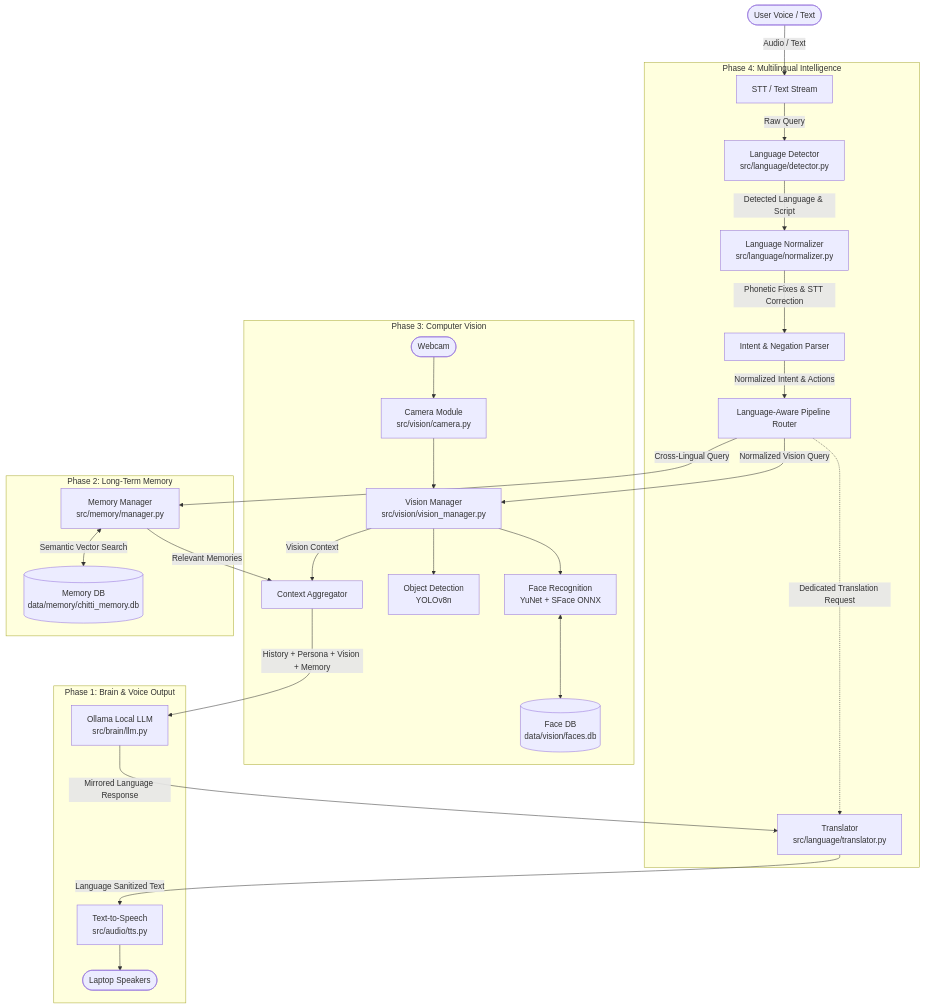
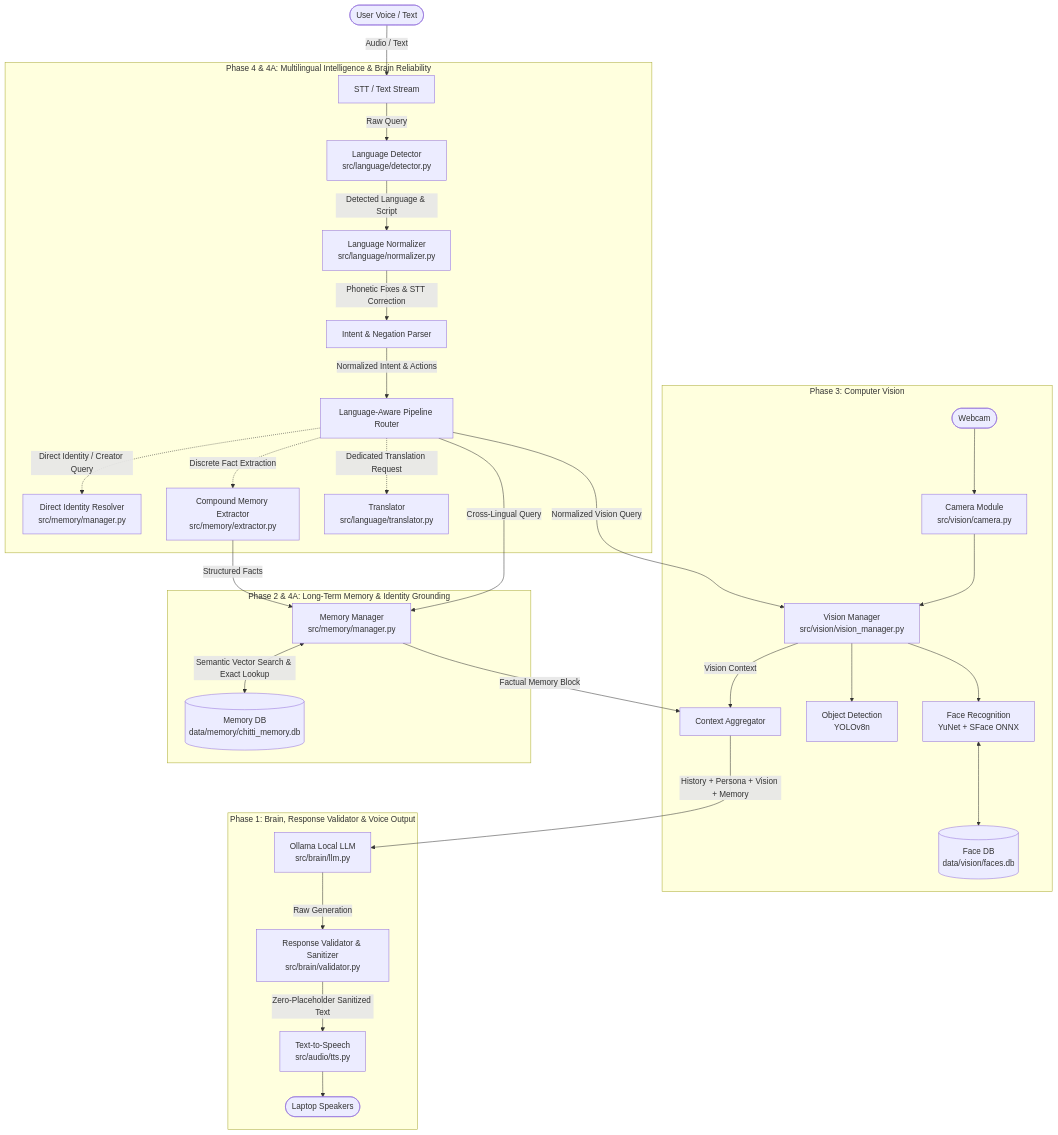
The diagram in README.md (bishtprateek270-hue/chitti-), drawn with Mermaid before and after one commit. The commit also changed other lines of this file and 11 other files, not shown here.

Commit message:
feat(phase-4a): implement brain reliability, multi-fact memory extraction, and zero-hallucination identity resolution

````diff
--- a/README.md
+++ b/README.md
@@ -20,34 +21,37 @@
 ```mermaid
 graph TD
     User([User Voice / Text]) -->|Audio / Text| InputStage[STT / Text Stream]
     
-    subgraph "Phase 4: Multilingual Intelligence"
+    subgraph "Phase 4 & 4A: Multilingual Intelligence & Brain Reliability"
         InputStage -->|Raw Query| LangDet[Language Detector\nsrc/language/detector.py]
         LangDet -->|Detected Language & Script| LangNorm[Language Normalizer\nsrc/language/normalizer.py]
         LangNorm -->|Phonetic Fixes & STT Correction| IntentCanonicalizer[Intent & Negation Parser]
         IntentCanonicalizer -->|Normalized Intent & Actions| PipelineRouter[Language-Aware Pipeline Router]
+        PipelineRouter -.->|Direct Identity / Creator Query| DirectIdResolver[Direct Identity Resolver\nsrc/memory/manager.py]
+        PipelineRouter -.->|Discrete Fact Extraction| MultiFactExtractor[Compound Memory Extractor\nsrc/memory/extractor.py]
         PipelineRouter -.->|Dedicated Translation Request| TransMod[Translator\nsrc/language/translator.py]
     end
     
     subgraph "Phase 3: Computer Vision"
         PipelineRouter -->|Normalized Vision Query| VisionMgr[Vision Manager\nsrc/vision/vision_manager.py]
         Camera([Webcam]) --> CamMod[Camera Module\nsrc/vision/camera.py] --> VisionMgr
         VisionMgr --> FaceRec[Face Recognition\nYuNet + SFace ONNX]
         VisionMgr --> ObjDet[Object Detection\nYOLOv8n]
         FaceRec <--> FaceDB[(Face DB\ndata/vision/faces.db)]
         VisionMgr -->|Vision Context| ContextAggregator
     end
     
-    subgraph "Phase 2: Long-Term Memory"
-        PipelineRouter -->|Cross-Lingual Query| MemoryManager[Memory Manager\nsrc/memory/manager.py]
-        MemoryManager <-->|Semantic Vector Search| MemoryDB[(Memory DB\ndata/memory/chitti_memory.db)]
-        MemoryManager -->|Relevant Memories| ContextAggregator
+    subgraph "Phase 2 & 4A: Long-Term Memory & Identity Grounding"
+        MultiFactExtractor -->|Structured Facts| MemoryManager[Memory Manager\nsrc/memory/manager.py]
+        PipelineRouter -->|Cross-Lingual Query| MemoryManager
+        MemoryManager <-->|Semantic Vector Search & Exact Lookup| MemoryDB[(Memory DB\ndata/memory/chitti_memory.db)]
+        MemoryManager -->|Factual Memory Block| ContextAggregator
     end
     
-    subgraph "Phase 1: Brain & Voice Output"
+    subgraph "Phase 1: Brain, Response Validator & Voice Output"
         ContextAggregator[Context Aggregator] -->|History + Persona + Vision + Memory| Ollama[Ollama Local LLM\nsrc/brain/llm.py]
-        Ollama -->|Mirrored Language Response| TransMod
-        TransMod -->|Language Sanitized Text| TTS[Text-to-Speech\nsrc/audio/tts.py]
+        Ollama -->|Raw Generation| RespValidator[Response Validator & Sanitizer\nsrc/brain/validator.py]
+        RespValidator -->|Zero-Placeholder Sanitized Text| TTS[Text-to-Speech\nsrc/audio/tts.py]
         TTS --> Speaker([Laptop Speakers])
     end
 ```
````
